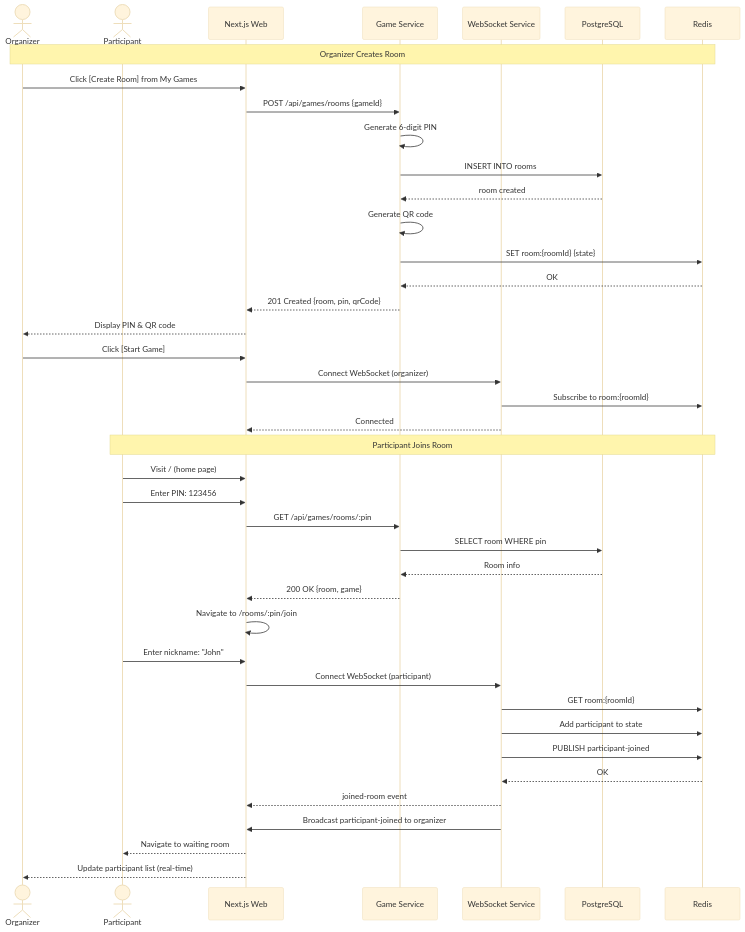
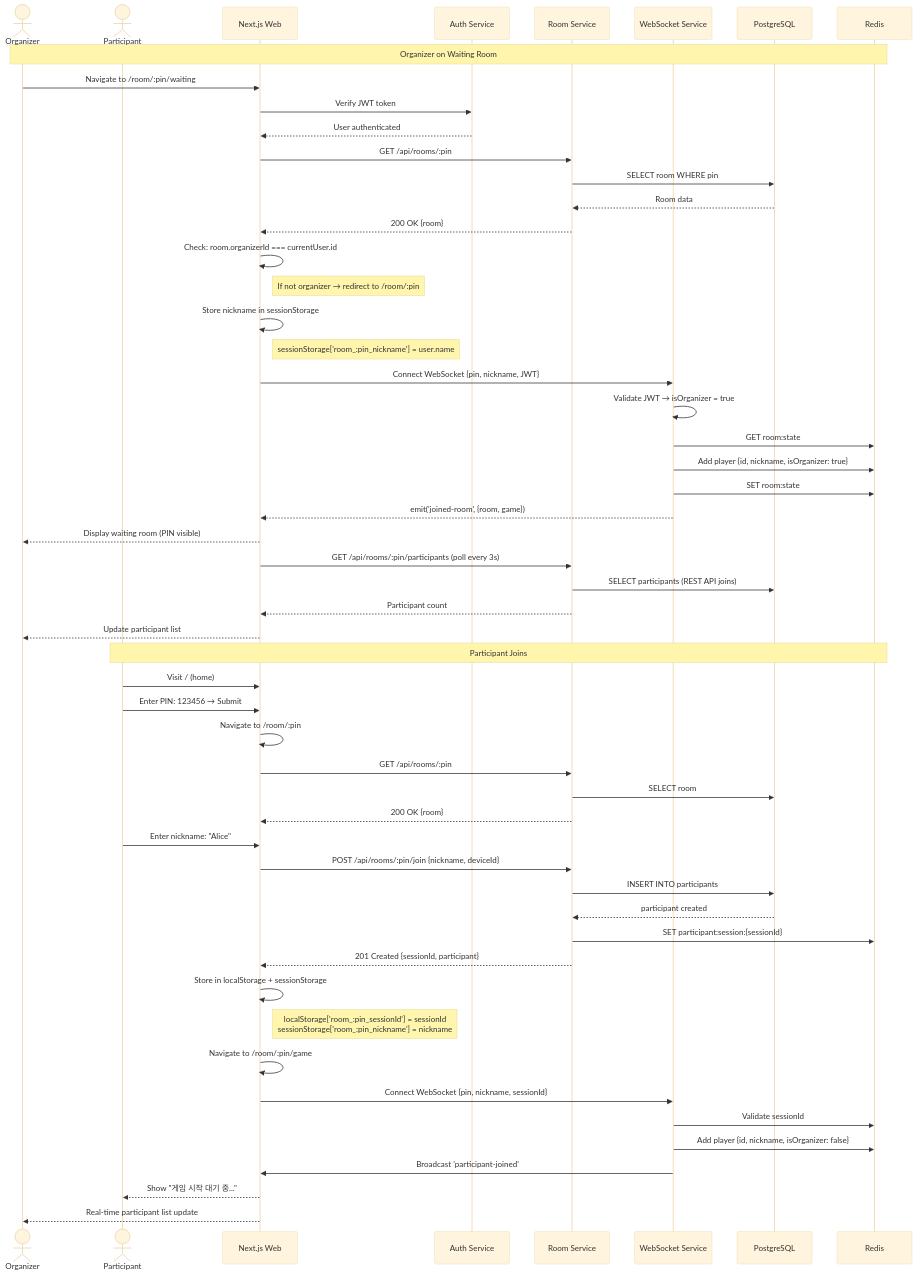
Before and after one commit to xinguuu/fully-boy: the sixth of 17 diagrams in docs/04-architecture.md, drawn with Mermaid (base theme). The commit also changed other lines of this file, not shown here.

Commit message:
refactor: 04-architecture fix

````diff
--- a/docs/04-architecture.md
+++ b/docs/04-architecture.md
@@ -396,49 +421,67 @@
 ```mermaid
 sequenceDiagram
     actor Org as Organizer
     actor Part as Participant
     participant Web as Next.js Web
-    participant Game as Game Service
+    participant Auth as Auth Service
+    participant Room as Room Service
     participant WS as WebSocket Service
     participant DB as PostgreSQL
     participant Redis as Redis
 
-    Note over Org,Redis: Organizer Creates Room
+    Note over Org,Redis: Organizer on Waiting Room
 
-    Org->>Web: Click [Create Room] from My Games
-    Web->>Game: POST /api/games/rooms {gameId}
-    Game->>Game: Generate 6-digit PIN
-    Game->>DB: INSERT INTO rooms
-    DB-->>Game: room created
-    Game->>Game: Generate QR code
-    Game->>Redis: SET room:{roomId} {state}
-    Redis-->>Game: OK
-    Game-->>Web: 201 Created {room, pin, qrCode}
-    Web-->>Org: Display PIN & QR code
+    Org->>Web: Navigate to /room/:pin/waiting
+    Web->>Auth: Verify JWT token
+    Auth-->>Web: User authenticated
+    Web->>Room: GET /api/rooms/:pin
+    Room->>DB: SELECT room WHERE pin
+    DB-->>Room: Room data
+    Room-->>Web: 200 OK {room}
 
-    Org->>Web: Click [Start Game]
-    Web->>WS: Connect WebSocket (organizer)
-    WS->>Redis: Subscribe to room:{roomId}
-    WS-->>Web: Connected
+    Web->>Web: Check: room.organizerId === currentUser.id
+    Note right of Web: If not organizer → redirect to /room/:pin
 
-    Note over Part,Redis: Participant Joins Room
+    Web->>Web: Store nickname in sessionStorage
+    Note right of Web: sessionStorage['room_:pin_nickname'] = user.name
 
-    Part->>Web: Visit / (home page)
-    Part->>Web: Enter PIN: 123456
-    Web->>Game: GET /api/games/rooms/:pin
-    Game->>DB: SELECT room WHERE pin
-    DB-->>Game: Room info
-    Game-->>Web: 200 OK {room, game}
-    Web->>Web: Navigate to /rooms/:pin/join
+    Web->>WS: Connect WebSocket {pin, nickname, JWT}
+    WS->>WS: Validate JWT → isOrganizer = true
+    WS->>Redis: GET room:state
+    WS->>Redis: Add player {id, nickname, isOrganizer: true}
+    WS->>Redis: SET room:state
+    WS-->>Web: emit('joined-room', {room, game})
+    Web-->>Org: Display waiting room (PIN visible)
 
-    Part->>Web: Enter nickname: "John"
-    Web->>WS: Connect WebSocket (participant)
-    WS->>Redis: GET room:{roomId}
-    WS->>Redis: Add participant to state
-    WS->>Redis: PUBLISH participant-joined
-    Redis-->>WS: OK
-    WS-->>Web: joined-room event
-    WS->>Web: Broadcast participant-joined to organizer
-    Web-->>Part: Navigate to waiting room
-    Web-->>Org: Update participant list (real-time)
+    Web->>Room: GET /api/rooms/:pin/participants (poll every 3s)
+    Room->>DB: SELECT participants (REST API joins)
+    Room-->>Web: Participant count
+    Web-->>Org: Update participant list
+
+    Note over Part,Redis: Participant Joins
+
+    Part->>Web: Visit / (home)
+    Part->>Web: Enter PIN: 123456 → Submit
+    Web->>Web: Navigate to /room/:pin
+    Web->>Room: GET /api/rooms/:pin
+    Room->>DB: SELECT room
+    Room-->>Web: 200 OK {room}
+
+    Part->>Web: Enter nickname: "Alice"
+    Web->>Room: POST /api/rooms/:pin/join {nickname, deviceId}
+    Room->>DB: INSERT INTO participants
+    DB-->>Room: participant created
+    Room->>Redis: SET participant:session:{sessionId}
+    Room-->>Web: 201 Created {sessionId, participant}
+
+    Web->>Web: Store in localStorage + sessionStorage
+    Note right of Web: localStorage['room_:pin_sessionId'] = sessionId<br/>sessionStorage['room_:pin_nickname'] = nickname
+
+    Web->>Web: Navigate to /room/:pin/game
+    Web->>WS: Connect WebSocket {pin, nickname, sessionId}
+    WS->>Redis: Validate sessionId
+    WS->>Redis: Add player {id, nickname, isOrganizer: false}
+    WS->>Web: Broadcast 'participant-joined'
+    Web-->>Part: Show "게임 시작 대기 중..."
+    Web-->>Org: Real-time participant list update
 ```
````
